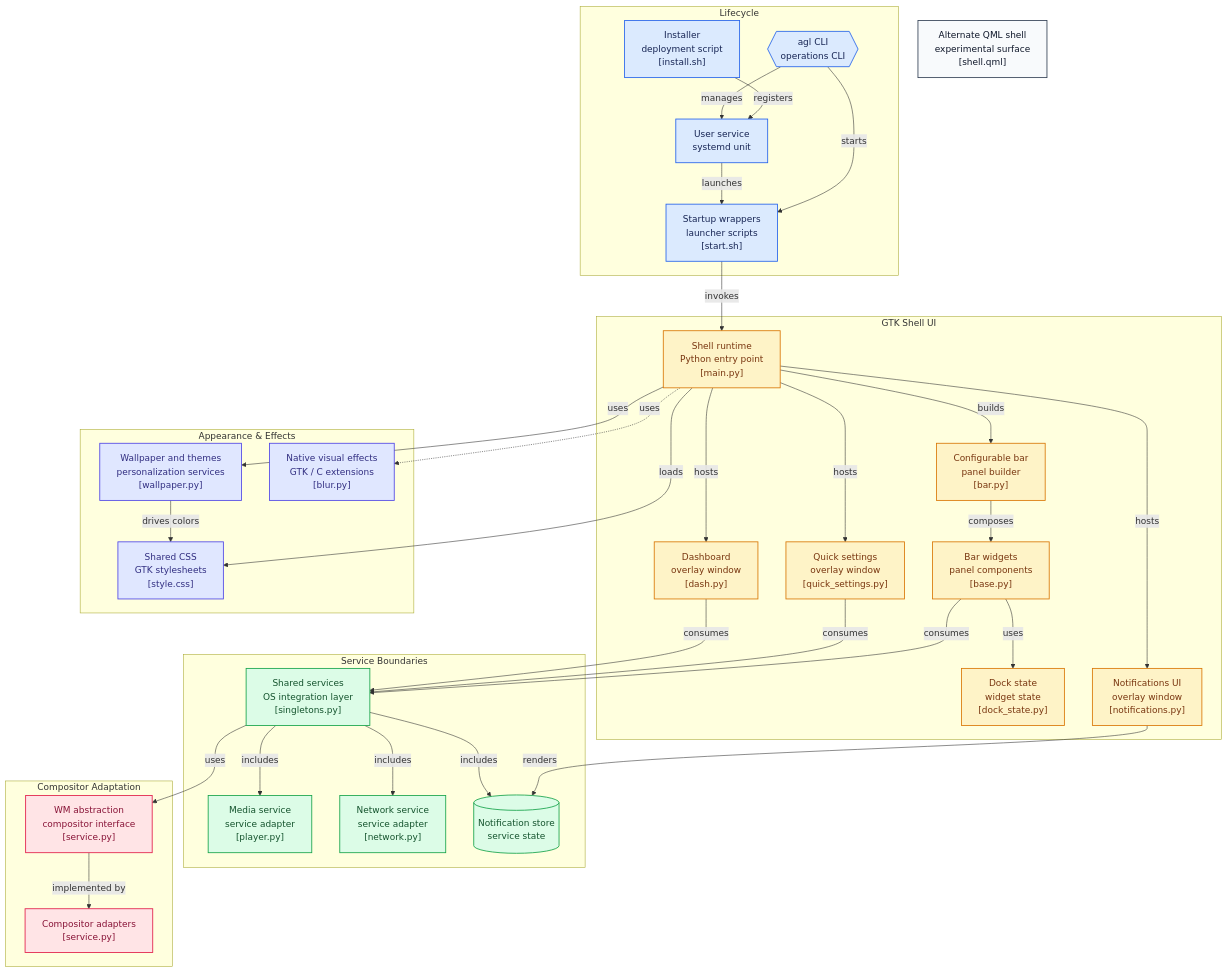
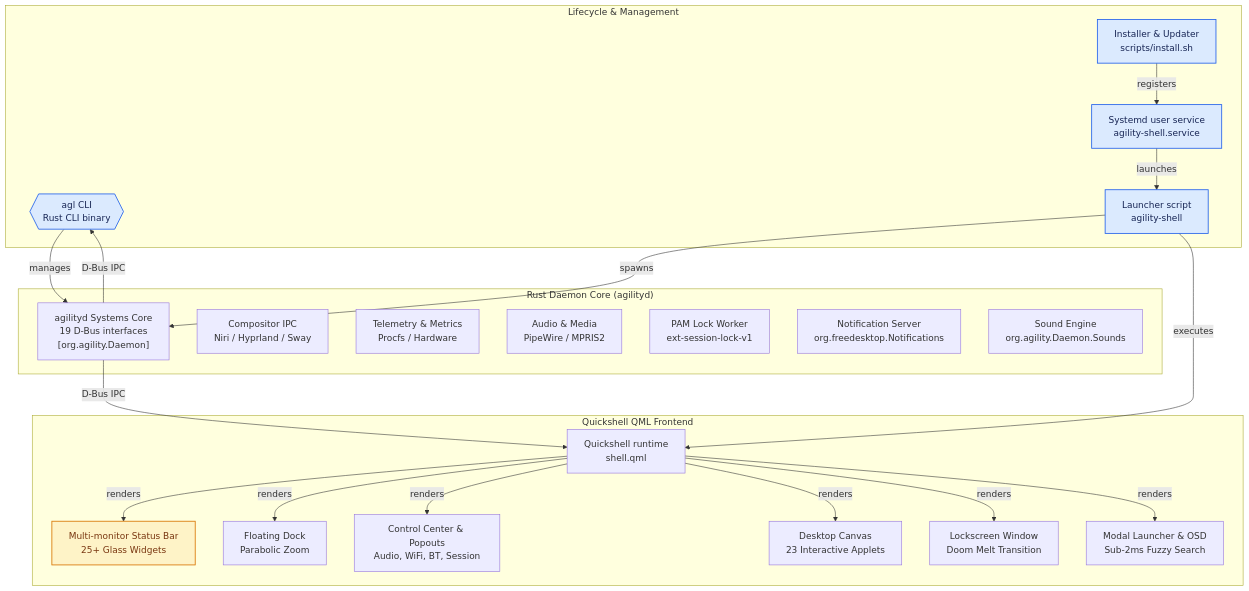
The diagram in README.md (TattvaOrg/agility-shell), drawn with Mermaid before and after one commit. The commit also changed other lines of this file and 263 other files, not shown here.

Commit message:
feat(core): remove all legacy Python code and complete migration to 100% Rust & QML architecture

````diff
--- a/README.md
+++ b/README.md
@@ -178,89 +179,58 @@
 ```mermaid
 flowchart TD
 
-subgraph group_lifecycle["Lifecycle"]
-  node_agl{{"agl CLI<br/>operations CLI"}}
-  node_startup["Startup wrappers<br/>launcher scripts<br/>[start.sh]"]
-  node_installer["Installer<br/>deployment script<br/>[install.sh]"]
-  node_systemd["User service<br/>systemd unit"]
+subgraph group_lifecycle["Lifecycle & Management"]
+  node_agl{{"agl CLI<br/>Rust CLI binary"}}
+  node_startup["Launcher script<br/>agility-shell"]
+  node_installer["Installer & Updater<br/>scripts/install.sh"]
+  node_systemd["Systemd user service<br/>agility-shell.service"]
 end
 
-subgraph group_ui["GTK Shell UI"]
-  node_main["Shell runtime<br/>Python entry point<br/>[main.py]"]
-  node_bar["Configurable bar<br/>panel builder<br/>[bar.py]"]
-  node_bar_widgets["Bar widgets<br/>panel components<br/>[base.py]"]
-  node_dock_state["Dock state<br/>widget state<br/>[dock_state.py]"]
-  node_quick_settings["Quick settings<br/>overlay window<br/>[quick_settings.py]"]
-  node_dash["Dashboard<br/>overlay window<br/>[dash.py]"]
-  node_notifications["Notifications UI<br/>overlay window<br/>[notifications.py]"]
+subgraph group_daemon["Rust Daemon Core (agilityd)"]
+  node_daemon["agilityd Systems Core<br/>19 D-Bus interfaces<br/>[org.agility.Daemon]"]
+  node_compositor["Compositor IPC<br/>Niri / Hyprland / Sway"]
+  node_telemetry["Telemetry & Metrics<br/>Procfs / Hardware"]
+  node_audio["Audio & Media<br/>PipeWire / MPRIS2"]
+  node_lock_pam["PAM Lock Worker<br/>ext-session-lock-v1"]
+  node_notif_server["Notification Server<br/>org.freedesktop.Notifications"]
+  node_sounds["Sound Engine<br/>org.agility.Daemon.Sounds"]
 end
 
-subgraph group_services["Service Boundaries"]
-  node_shell_services["Shared services<br/>OS integration layer<br/>[singletons.py]"]
-  node_player["Media service<br/>service adapter<br/>[player.py]"]
-  node_network["Network service<br/>service adapter<br/>[network.py]"]
-  node_notification_store[("Notification store<br/>service state")]
+subgraph group_frontend["Quickshell QML Frontend"]
+  node_shell_qml["Quickshell runtime<br/>shell.qml"]
+  node_bar["Multi-monitor Status Bar<br/>25+ Glass Widgets"]
+  node_dock["Floating Dock<br/>Parabolic Zoom"]
+  node_popouts["Control Center & Popouts<br/>Audio, WiFi, BT, Session"]
+  node_canvas["Desktop Canvas<br/>23 Interactive Applets"]
+  node_lockscreen["Lockscreen Window<br/>Doom Melt Transition"]
+  node_launcher["Modal Launcher & OSD<br/>Sub-2ms Fuzzy Search"]
 end
 
-subgraph group_wm["Compositor Adaptation"]
-  node_wm_base["WM abstraction<br/>compositor interface<br/>[service.py]"]
-  node_wm_adapters["Compositor adapters<br/>[service.py]"]
-end
-
-subgraph group_appearance["Appearance &amp; Effects"]
-  node_wallpaper_theme["Wallpaper and themes<br/>personalization services<br/>[wallpaper.py]"]
-  node_styles["Shared CSS<br/>GTK stylesheets<br/>[style.css]"]
-  node_native_effects["Native visual effects<br/>GTK / C extensions<br/>[blur.py]"]
-end
-
-node_quickshell["Alternate QML shell<br/>experimental surface<br/>[shell.qml]"]
-
 node_installer -->|"registers"| node_systemd
-node_agl -->|"starts"| node_startup
-node_agl -->|"manages"| node_systemd
+node_agl -->|"manages"| node_daemon
 node_systemd -->|"launches"| node_startup
-node_startup -->|"invokes"| node_main
-node_main -->|"builds"| node_bar
-node_main -->|"hosts"| node_quick_settings
-node_main -->|"hosts"| node_dash
-node_main -->|"hosts"| node_notifications
-node_bar -->|"composes"| node_bar_widgets
-node_bar_widgets -->|"uses"| node_dock_state
-node_bar_widgets -->|"consumes"| node_shell_services
-node_quick_settings -->|"consumes"| node_shell_services
-node_dash -->|"consumes"| node_shell_services
-node_notifications -->|"renders"| node_notification_store
-node_shell_services -->|"includes"| node_player
-node_shell_services -->|"includes"| node_network
-node_shell_services -->|"includes"| node_notification_store
-node_shell_services -->|"uses"| node_wm_base
-node_wm_base -->|"implemented by"| node_wm_adapters
-node_main -->|"loads"| node_styles
-node_wallpaper_theme -->|"drives colors"| node_styles
-node_main -->|"uses"| node_wallpaper_theme
-node_main -.->|"uses"| node_native_effects
-
-click node_agl "https://github.com/tattvaorg/agility-shell/blob/main/bin/agl"
-click node_startup "https://github.com/tattvaorg/agility-shell/blob/main/scripts/start.sh"
-click node_installer "https://github.com/tattvaorg/agility-shell/blob/main/scripts/install.sh"
-click node_systemd "https://github.com/tattvaorg/agility-shell/blob/main/systemd/agility-shell.service"
-click node_main "https://github.com/tattvaorg/agility-shell/blob/main/main.py"
-click node_bar "https://github.com/tattvaorg/agility-shell/blob/main/bar.py"
-click node_bar_widgets "https://github.com/tattvaorg/agility-shell/blob/main/bar_widgets/base.py"
-click node_dock_state "https://github.com/tattvaorg/agility-shell/blob/main/bar_widgets/dock/dock_state.py"
-click node_quick_settings "https://github.com/tattvaorg/agility-shell/blob/main/windows/quick_settings/quick_settings.py"
-click node_dash "https://github.com/tattvaorg/agility-shell/blob/main/windows/dash/dash.py"
-click node_notifications "https://github.com/tattvaorg/agility-shell/blob/main/windows/notifications.py"
-click node_shell_services "https://github.com/tattvaorg/agility-shell/blob/main/services/singletons.py"
-click node_player "https://github.com/tattvaorg/agility-shell/blob/main/services/player.py"
-click node_network "https://github.com/tattvaorg/agility-shell/blob/main/services/network.py"
-click node_notification_store "https://github.com/tattvaorg/agility-shell/blob/main/services/notification_store.py"
-click node_wm_base "https://github.com/tattvaorg/agility-shell/blob/main/services/wm/base/service.py"
-click node_wm_adapters "https://github.com/tattvaorg/agility-shell/blob/main/services/wm/niri/service.py"
-click node_wallpaper_theme "https://github.com/tattvaorg/agility-shell/blob/main/services/wallpaper.py"
-click node_styles "https://github.com/tattvaorg/agility-shell/blob/main/style/style.css"
-click node_native_effects "https://github.com/tattvaorg/agility-shell/blob/main/snippets/blur/blur.py"
-click node_quickshell "https://github.com/tattvaorg/agility-shell/blob/main/quickshell/agility/shell.qml"
+node_startup -->|"spawns"| node_daemon
+node_startup -->|"executes"| node_shell_qml
+node_daemon -->|"D-Bus IPC"| node_shell_qml
+node_daemon -->|"D-Bus IPC"| node_agl
+node_shell_qml -->|"renders"| node_bar
+node_shell_qml -->|"renders"| node_dock
+node_shell_qml -->|"renders"| node_popouts
+node_shell_qml -->|"renders"| node_canvas
+node_shell_qml -->|"renders"| node_lockscreen
+node_shell_qml -->|"renders"| node_launcher
+click node_agl "https://github.com/TattvaOrg/agility-shell/blob/main/crates/agility-cli"
+click node_daemon "https://github.com/TattvaOrg/agility-shell/blob/main/crates/agilityd"
+click node_startup "https://github.com/TattvaOrg/agility-shell/blob/main/agility-shell"
+click node_installer "https://github.com/TattvaOrg/agility-shell/blob/main/scripts/install.sh"
+click node_systemd "https://github.com/TattvaOrg/agility-shell/blob/main/systemd/agility-shell.service"
+click node_shell_qml "https://github.com/TattvaOrg/agility-shell/blob/main/quickshell/agility/shell.qml"
+click node_bar "https://github.com/TattvaOrg/agility-shell/blob/main/quickshell/agility/bar/BarWindow.qml"
+click node_dock "https://github.com/TattvaOrg/agility-shell/blob/main/quickshell/agility/dock/DockWindow.qml"
+click node_popouts "https://github.com/TattvaOrg/agility-shell/blob/main/quickshell/agility/popouts/ControlCenter.qml"
+click node_canvas "https://github.com/TattvaOrg/agility-shell/blob/main/quickshell/agility/canvas/DesktopCanvas.qml"
+click node_lockscreen "https://github.com/TattvaOrg/agility-shell/blob/main/quickshell/agility/lockscreen/LockWindow.qml"
+click node_launcher "https://github.com/TattvaOrg/agility-shell/blob/main/quickshell/agility/launcher/LauncherWindow.qml"
 
 classDef toneNeutral fill:#f8fafc,stroke:#334155,stroke-width:1.5px,color:#0f172a
 classDef toneBlue fill:#dbeafe,stroke:#2563eb,stroke-width:1.5px,color:#172554
````
